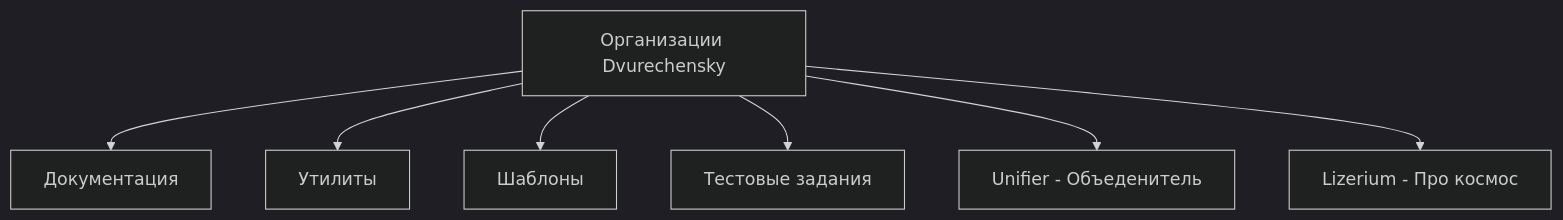
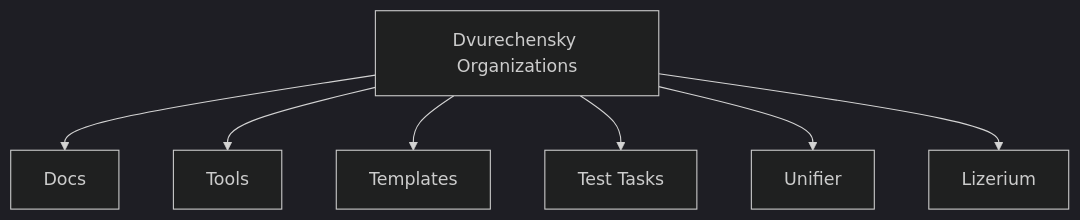
Before and after one commit to Dvurechensky/Dvurechensky: the first of 7 diagrams in docs/index.md, drawn with Mermaid (dark theme). The commit also changed other lines of this file and 2 other files, not shown here.

````diff
--- a/docs/index.md
+++ b/docs/index.md
@@ -74,9 +77,9 @@
 ```mermaid
 graph TD
-  A[Организации Dvurechensky] --> B[Документация]
-  A --> E[Утилиты]
-  A --> M[Шаблоны]
-  A --> G[Тестовые задания]
-  A --> H[Unifier - Объеденитель]
-  A --> K[Lizerium - Про космос]
+  A[Dvurechensky Organizations] --> B[Docs]
+  A --> E[Tools]
+  A --> M[Templates]
+  A --> G[Test Tasks]
+  A --> H[Unifier]
+  A --> K[Lizerium]
 ```
````
